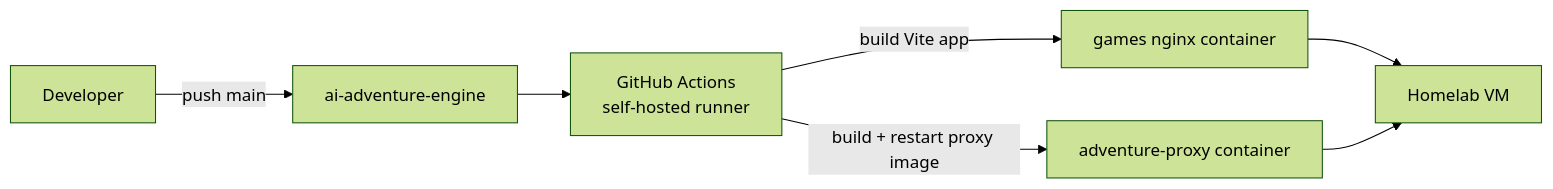
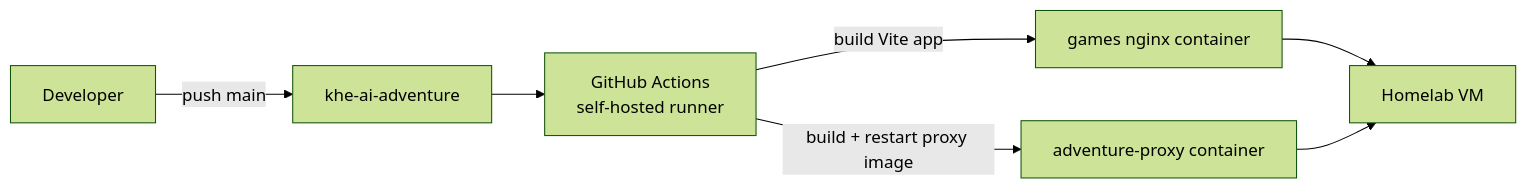
One commit to khelias/ai-adventure-engine changed the fourth of 4 diagrams in docs/ARCHITECTURE.md. Above: the diagram before and after it, drawn with Mermaid (forest theme). The commit also changed 4 other files, not shown here.

Commit message:
Rename package to khe-ai-adventure and update GitHub link

````diff
--- a/docs/ARCHITECTURE.md
+++ b/docs/ARCHITECTURE.md
@@ -216,16 +216,16 @@
 ```mermaid
 flowchart LR
     Dev["Developer"]
-    Repo["ai-adventure-engine"]
+    Repo["khe-ai-adventure"]
     Runner["GitHub Actions<br/>self-hosted runner"]
     VM["Homelab VM"]
     Nginx["games nginx container"]
     Proxy["adventure-proxy container"]
 
     Dev -->|"push main"| Repo
     Repo --> Runner
     Runner -->|"build Vite app"| Nginx
     Runner -->|"build + restart proxy image"| Proxy
     Nginx --> VM
     Proxy --> VM
 ```
````
